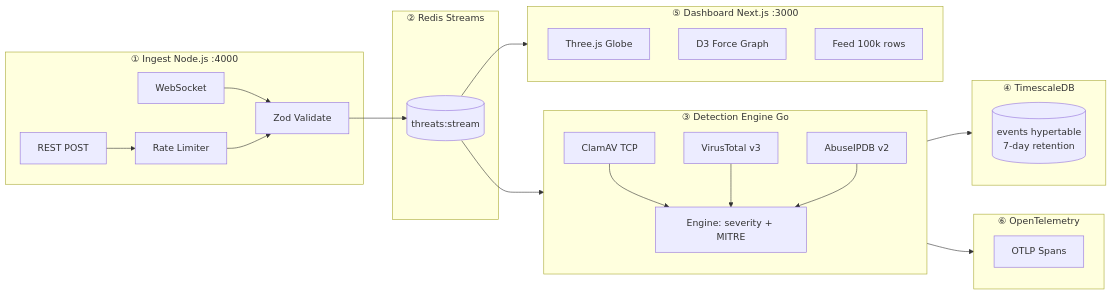
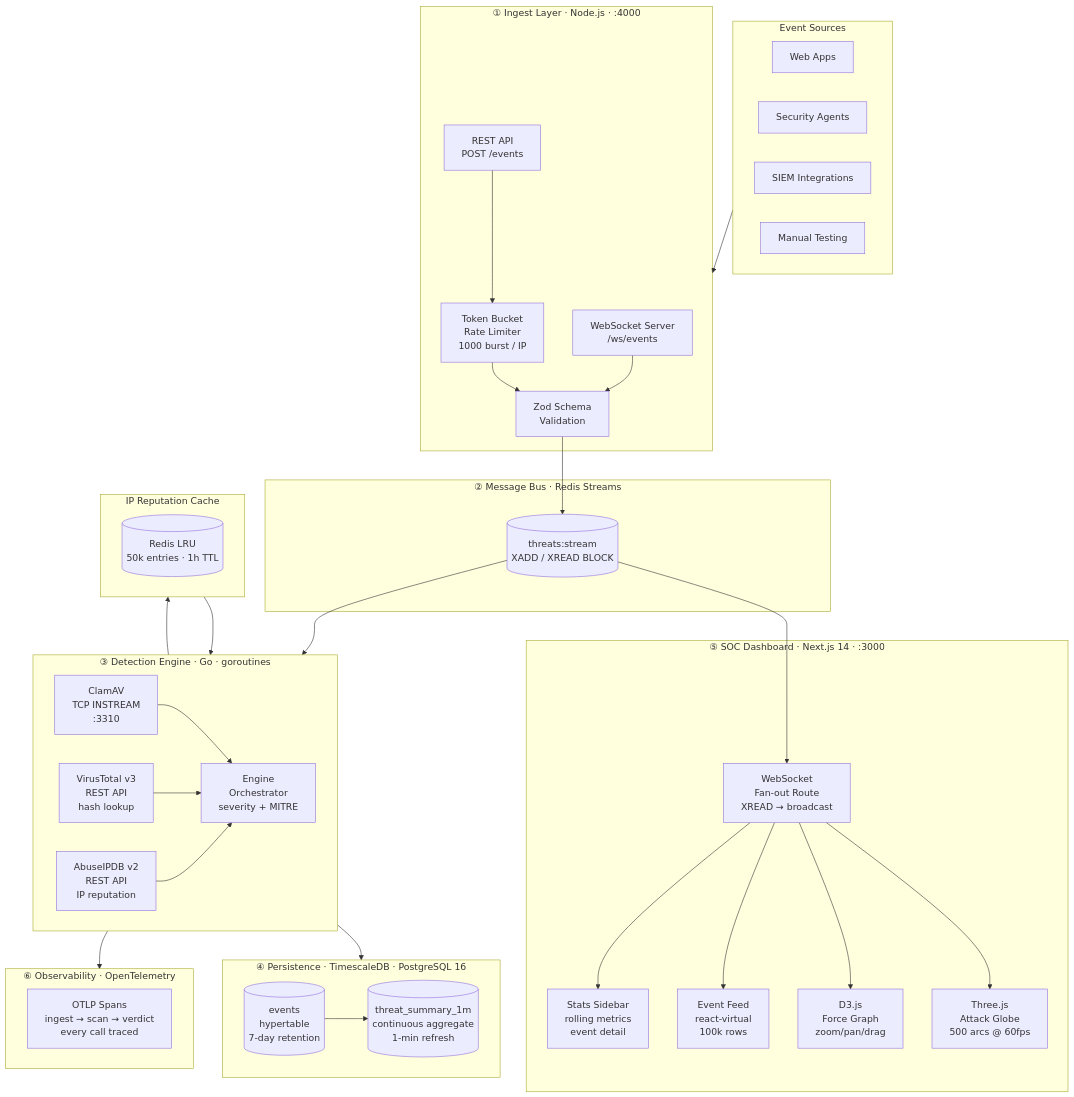
One commit to vignesh2027/detect-backend-threat changed the diagram in README.md. Above: the diagram before and after it, drawn with Mermaid. The commit also changed other lines of this file and 7 other files, not shown here.

````diff
--- a/README.md
+++ b/README.md
@@ -57,37 +206,68 @@
 ```mermaid
-flowchart LR
-    subgraph Ingest["① Ingest  Node.js :4000"]
-        A[WebSocket] --> V[Zod Validate]
-        B[REST POST] --> RL[Rate Limiter] --> V
+flowchart TB
+    subgraph Clients["Event Sources"]
+        C1[Web Apps]
+        C2[Security Agents]
+        C3[SIEM Integrations]
+        C4[Manual Testing]
     end
 
-    subgraph Bus["② Redis Streams"]
-        S[(threats:stream)]
+    subgraph Ingest["① Ingest Layer · Node.js · :4000"]
+        WS[WebSocket Server<br/>/ws/events]
+        REST[REST API<br/>POST /events]
+        RL[Token Bucket<br/>Rate Limiter<br/>1000 burst / IP]
+        ZOD[Zod Schema<br/>Validation]
+        WS --> ZOD
+        REST --> RL --> ZOD
     end
 
-    subgraph Detect["③ Detection Engine  Go"]
-        C[ClamAV TCP]
-        D[VirusTotal v3]
-        E[AbuseIPDB v2]
-        F[Engine: severity + MITRE]
-        C & D & E --> F
+    subgraph Bus["② Message Bus · Redis Streams"]
+        RS[(threats:stream<br/>XADD / XREAD BLOCK)]
     end
 
-    subgraph Store["④ TimescaleDB"]
-        G[(events hypertable\n7-day retention)]
+    subgraph Detection["③ Detection Engine · Go · goroutines"]
+        direction LR
+        CLAM[ClamAV<br/>TCP INSTREAM<br/>:3310]
+        VT[VirusTotal v3<br/>REST API<br/>hash lookup]
+        ABUSE[AbuseIPDB v2<br/>REST API<br/>IP reputation]
+        ENG[Engine<br/>Orchestrator<br/>severity + MITRE]
+        CLAM --> ENG
+        VT   --> ENG
+        ABUSE --> ENG
     end
 
-    subgraph Viz["⑤ Dashboard  Next.js :3000"]
-        H[Three.js Globe]
-        I[D3 Force Graph]
-        J[Feed 100k rows]
+    subgraph Cache["IP Reputation Cache"]
+        LRU[(Redis LRU<br/>50k entries · 1h TTL)]
     end
 
-    subgraph Obs["⑥ OpenTelemetry"]
-        K[OTLP Spans]
+    subgraph DB["④ Persistence · TimescaleDB · PostgreSQL 16"]
+        HT[(events<br/>hypertable<br/>7-day retention)]
+        CA[(threat_summary_1m<br/>continuous aggregate<br/>1-min refresh)]
+        HT --> CA
     end
 
-    V --> S --> Detect --> Store
-    S --> Viz
-    Detect --> Obs
+    subgraph Viz["⑤ SOC Dashboard · Next.js 14 · :3000"]
+        GLOBE[Three.js<br/>Attack Globe<br/>500 arcs @ 60fps]
+        GRAPH[D3.js<br/>Force Graph<br/>zoom/pan/drag]
+        FEED[Event Feed<br/>react-virtual<br/>100k rows]
+        STATS[Stats Sidebar<br/>rolling metrics<br/>event detail]
+        WSAPI[WebSocket<br/>Fan-out Route<br/>XREAD → broadcast]
+        WSAPI --> GLOBE
+        WSAPI --> GRAPH
+        WSAPI --> FEED
+        WSAPI --> STATS
+    end
+
+    subgraph Obs["⑥ Observability · OpenTelemetry"]
+        OTEL[OTLP Spans<br/>ingest → scan → verdict<br/>every call traced]
+    end
+
+    Clients --> Ingest
+    ZOD --> RS
+    RS --> Detection
+    RS --> WSAPI
+    Detection --> DB
+    ABUSE --> Cache
+    Cache --> ABUSE
+    Detection --> Obs
 ```
````
